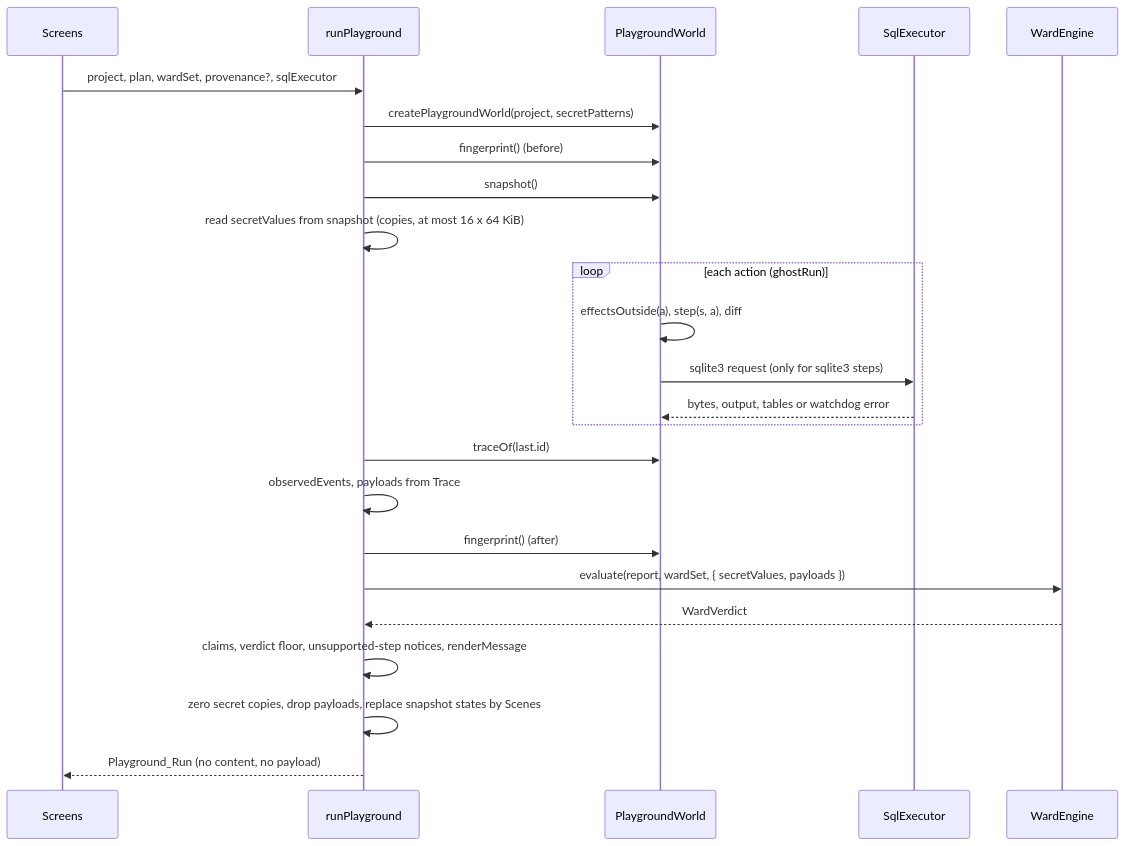
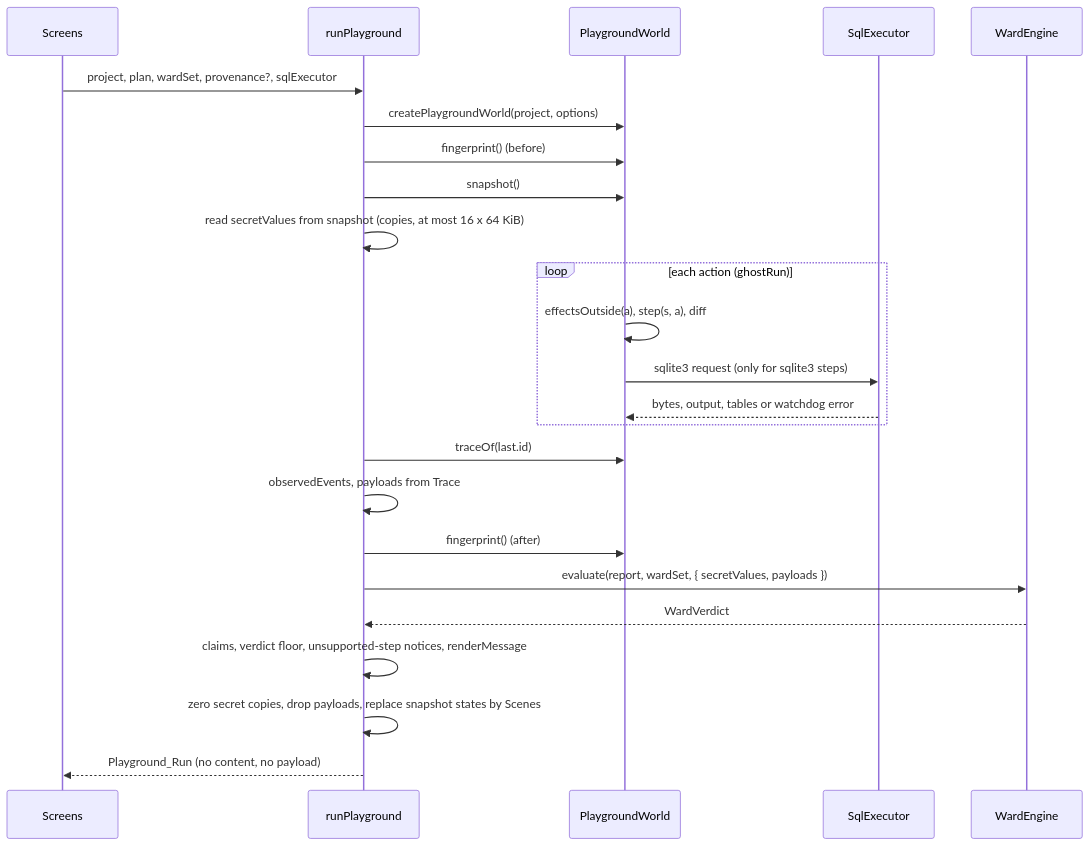
The second of 3 diagrams in .kiro/specs/ghost-shell/design.md (SungHyunC/ghost-run), drawn with Mermaid before and after one commit. The commit also changed 43 other files, not shown here.

````diff
--- a/.kiro/specs/ghost-shell/design.md
+++ b/.kiro/specs/ghost-shell/design.md
@@ -165,26 +165,26 @@
 ```mermaid
 sequenceDiagram
     participant UI as Screens
     participant P as runPlayground
     participant W as PlaygroundWorld
     participant X as SqlExecutor
     participant E as WardEngine
     UI->>P: project, plan, wardSet, provenance?, sqlExecutor
-    P->>W: createPlaygroundWorld(project, secretPatterns)
+    P->>W: createPlaygroundWorld(project, options)
     P->>W: fingerprint() (before)
     P->>W: snapshot()
     P->>P: read secretValues from snapshot (copies, at most 16 x 64 KiB)
     loop each action (ghostRun)
         W->>W: effectsOutside(a), step(s, a), diff
         W->>X: sqlite3 request (only for sqlite3 steps)
         X-->>W: bytes, output, tables or watchdog error
     end
     P->>W: traceOf(last.id)
     P->>P: observedEvents, payloads from Trace
     P->>W: fingerprint() (after)
     P->>E: evaluate(report, wardSet, { secretValues, payloads })
     E-->>P: WardVerdict
     P->>P: claims, verdict floor, unsupported-step notices, renderMessage
     P->>P: zero secret copies, drop payloads, replace snapshot states by Scenes
     P-->>UI: Playground_Run (no content, no payload)
 ```
````
